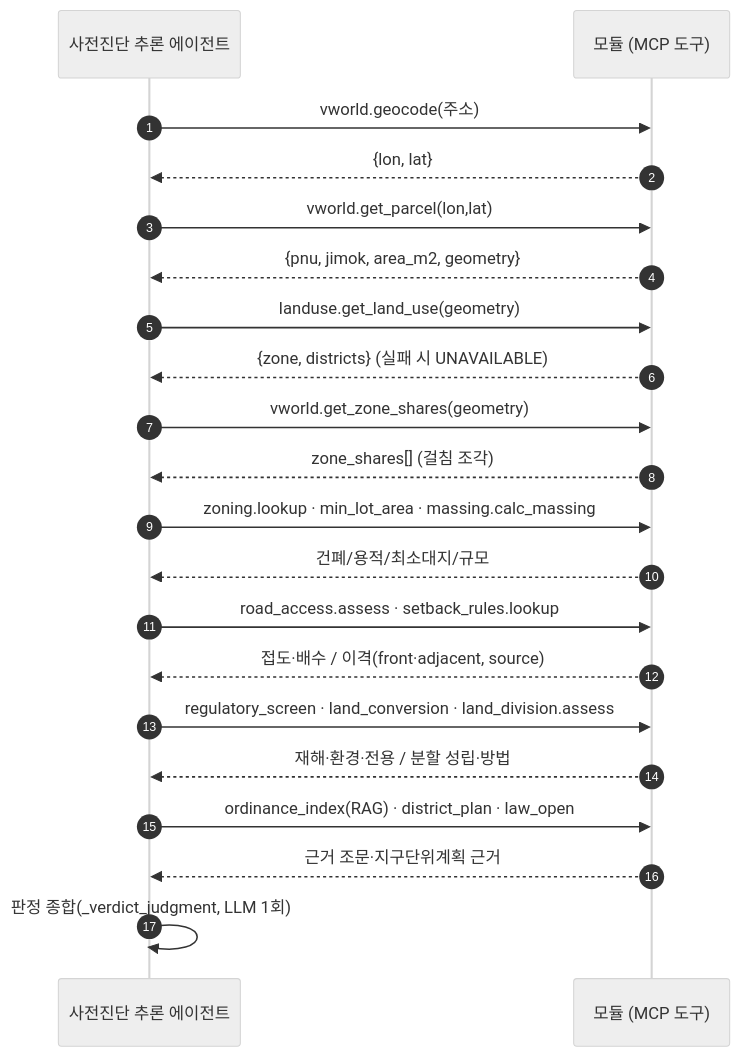
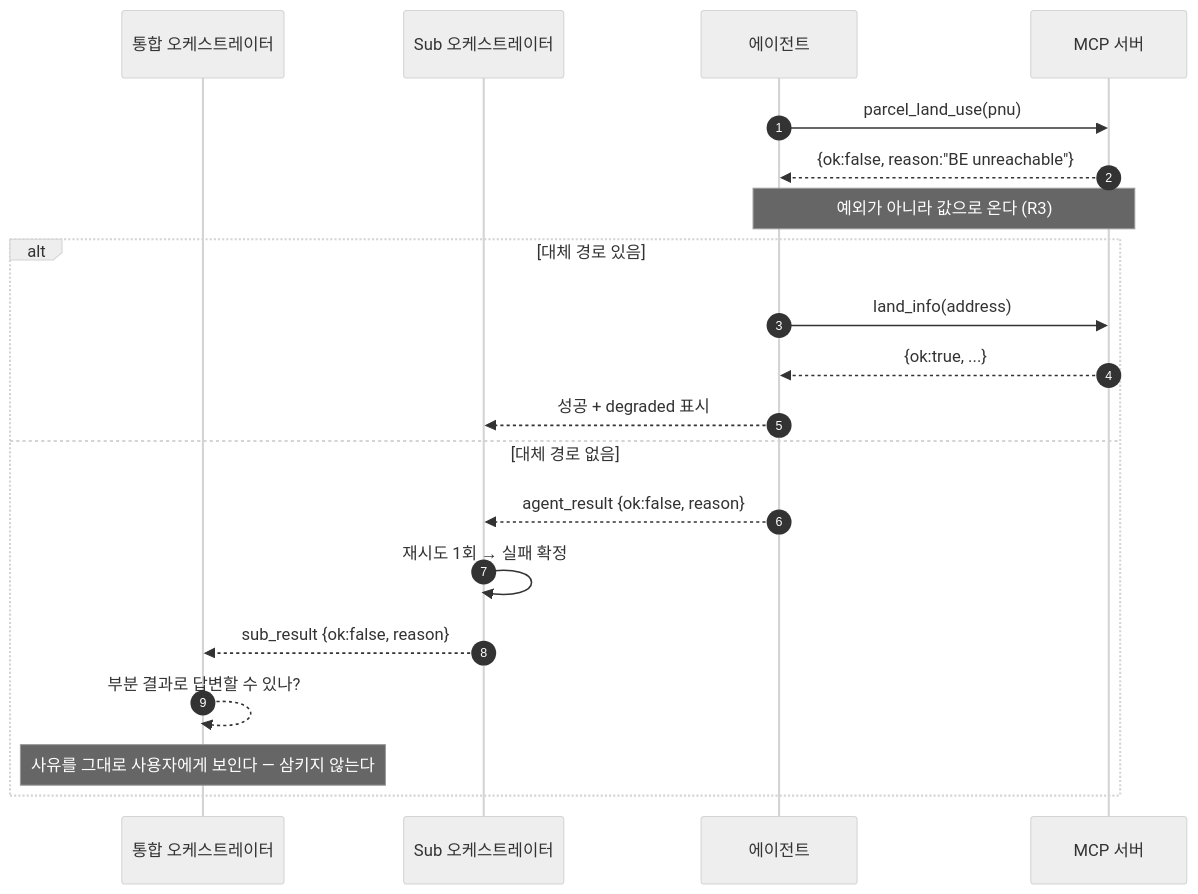
Before and after one commit to madlrengg100/permit-copilot: diagram 14 of 14 in docs/MCP-AGENT-SEQUENCE.md, drawn with Mermaid (neutral theme). The commit also changed other lines of this file, not shown here.

First line of the commit message:
Add MCP 4-layer agent call sequence design doc

````diff
--- a/docs/MCP-AGENT-SEQUENCE.md
+++ b/docs/MCP-AGENT-SEQUENCE.md
@@ -131,24 +919,24 @@
 ```mermaid
 sequenceDiagram
     autonumber
-    participant AG as 사전진단 추론 에이전트
-    participant MOD as 모듈 (MCP 도구)
+    participant MO as 통합 오케스트레이터
+    participant SO as Sub 오케스트레이터
+    participant AG as 에이전트
+    participant MCP as MCP 서버
 
-    AG->>MOD: vworld.geocode(주소)
-    MOD-->>AG: {lon, lat}
-    AG->>MOD: vworld.get_parcel(lon,lat)
-    MOD-->>AG: {pnu, jimok, area_m2, geometry}
-    AG->>MOD: landuse.get_land_use(geometry)
-    MOD-->>AG: {zone, districts} (실패 시 UNAVAILABLE)
-    AG->>MOD: vworld.get_zone_shares(geometry)
-    MOD-->>AG: zone_shares[] (걸침 조각)
-    AG->>MOD: zoning.lookup · min_lot_area · massing.calc_massing
-    MOD-->>AG: 건폐/용적/최소대지/규모
-    AG->>MOD: road_access.assess · setback_rules.lookup
-    MOD-->>AG: 접도·배수 / 이격(front·adjacent, source)
-    AG->>MOD: regulatory_screen · land_conversion · land_division.assess
-    MOD-->>AG: 재해·환경·전용 / 분할 성립·방법
-    AG->>MOD: ordinance_index(RAG) · district_plan · law_open
-    MOD-->>AG: 근거 조문·지구단위계획 근거
-    AG->>AG: 판정 종합(_verdict_judgment, LLM 1회)
+    AG->>MCP: parcel_land_use(pnu)
+    MCP-->>AG: {ok:false, reason:"BE unreachable"}
+    Note over AG,MCP: 예외가 아니라 값으로 온다 (R3)
+
+    alt 대체 경로 있음
+        AG->>MCP: land_info(address)
+        MCP-->>AG: {ok:true, ...}
+        AG-->>SO: 성공 + degraded 표시
+    else 대체 경로 없음
+        AG-->>SO: agent_result {ok:false, reason}
+        SO->>SO: 재시도 1회 → 실패 확정
+        SO-->>MO: sub_result {ok:false, reason}
+        MO-->>MO: 부분 결과로 답변할 수 있나?
+        Note over MO: 사유를 그대로 사용자에게 보인다 — 삼키지 않는다
+    end
 ```
````
